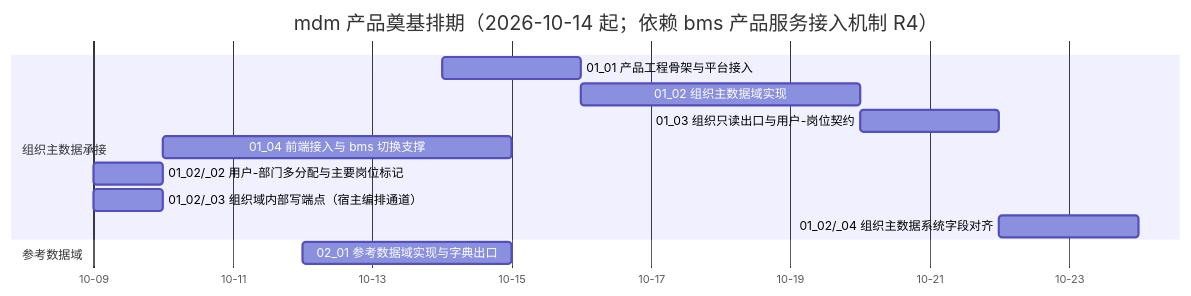
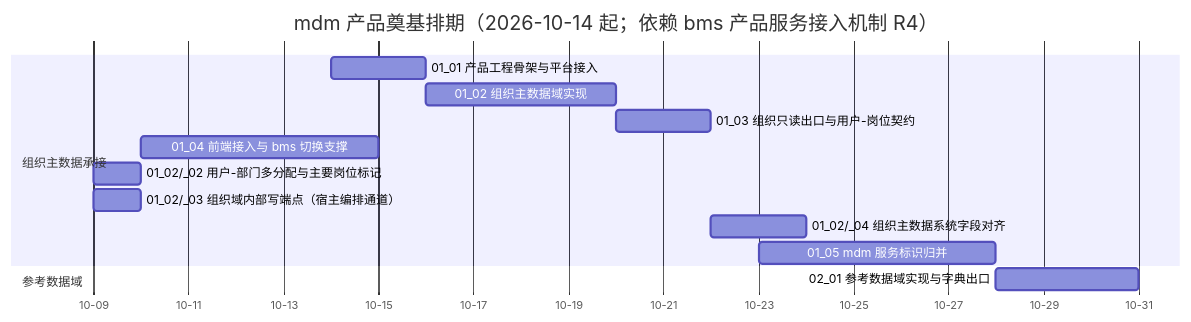
One commit to minjian123/master-data-management changed the diagram in mdm文档/项目/01_mdm 产品奠基/计划/01_计划_mdm产品奠基.md. Above: the diagram before and after it, drawn with Mermaid. The commit also changed other lines of this file and 5 other files, not shown here.

````diff
--- a/mdm文档/项目/01_mdm 产品奠基/计划/01_计划_mdm产品奠基.md
+++ b/mdm文档/项目/01_mdm 产品奠基/计划/01_计划_mdm产品奠基.md
@@ -37,16 +38,17 @@
 ```mermaid
 gantt
     title mdm 产品奠基排期（2026-10-14 起；依赖 bms 产品服务接入机制 R4）
     dateFormat  YYYY-MM-DD
     axisFormat %m-%d
     section 组织主数据承接
     01_01 产品工程骨架与平台接入 :m0101, 2026-10-14, 2d
     01_02 组织主数据域实现 :m0102, 2026-10-16, 4d
     01_03 组织只读出口与用户-岗位契约 :m0103, 2026-10-20, 2d
     01_04 前端接入与 bms 切换支撑 :m0104, 2026-10-10, 5d
     01_02/_02 用户-部门多分配与主要岗位标记 :m0102b, 2026-10-09, 1d
     01_02/_03 组织域内部写端点（宿主编排通道） :m0102c, 2026-10-09, 1d
     01_02/_04 组织主数据系统字段对齐 :m0102d, 2026-10-22, 2d
+    01_05 mdm 服务标识归并 :m0105, 2026-10-23, 5d
     section 参考数据域
-    02_01 参考数据域实现与字典出口 :m0201, 2026-10-12, 3d
+    02_01 参考数据域实现与字典出口 :m0201, 2026-10-28, 3d
 ```
````
